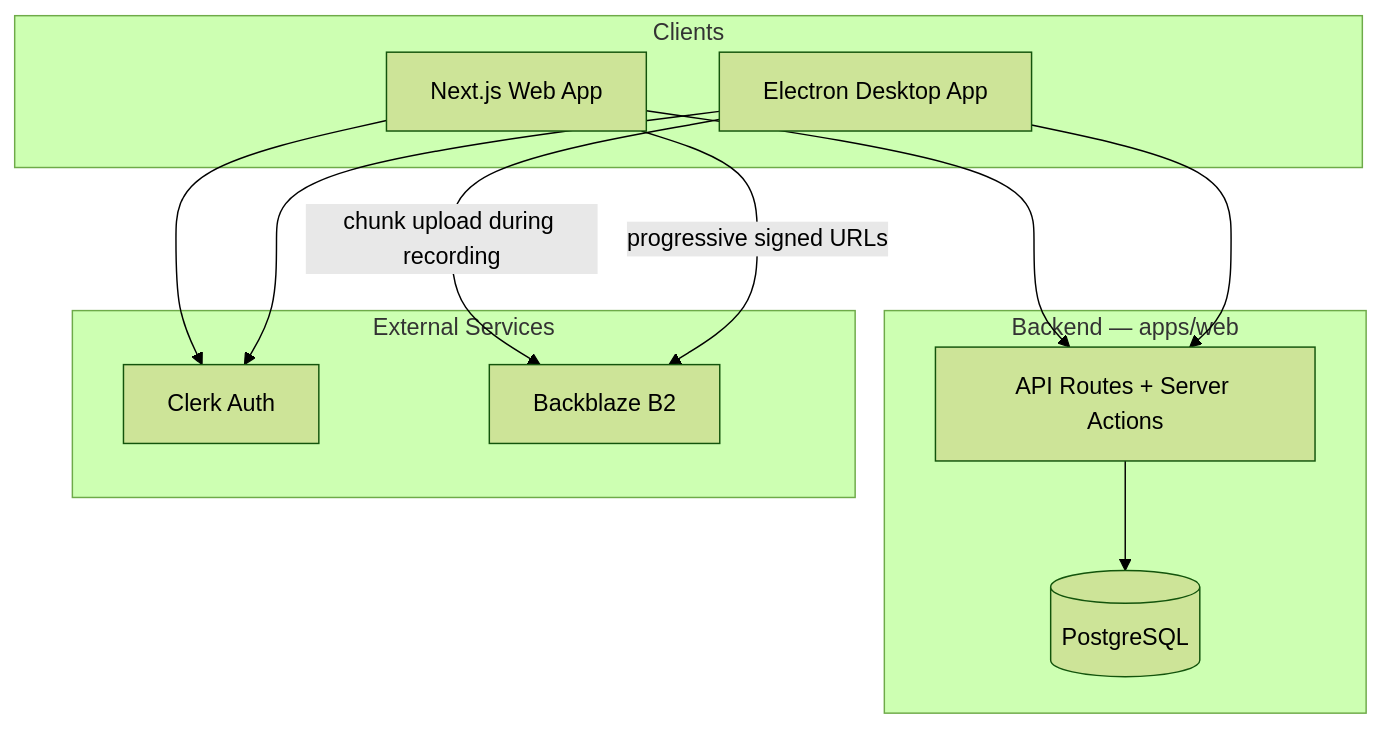
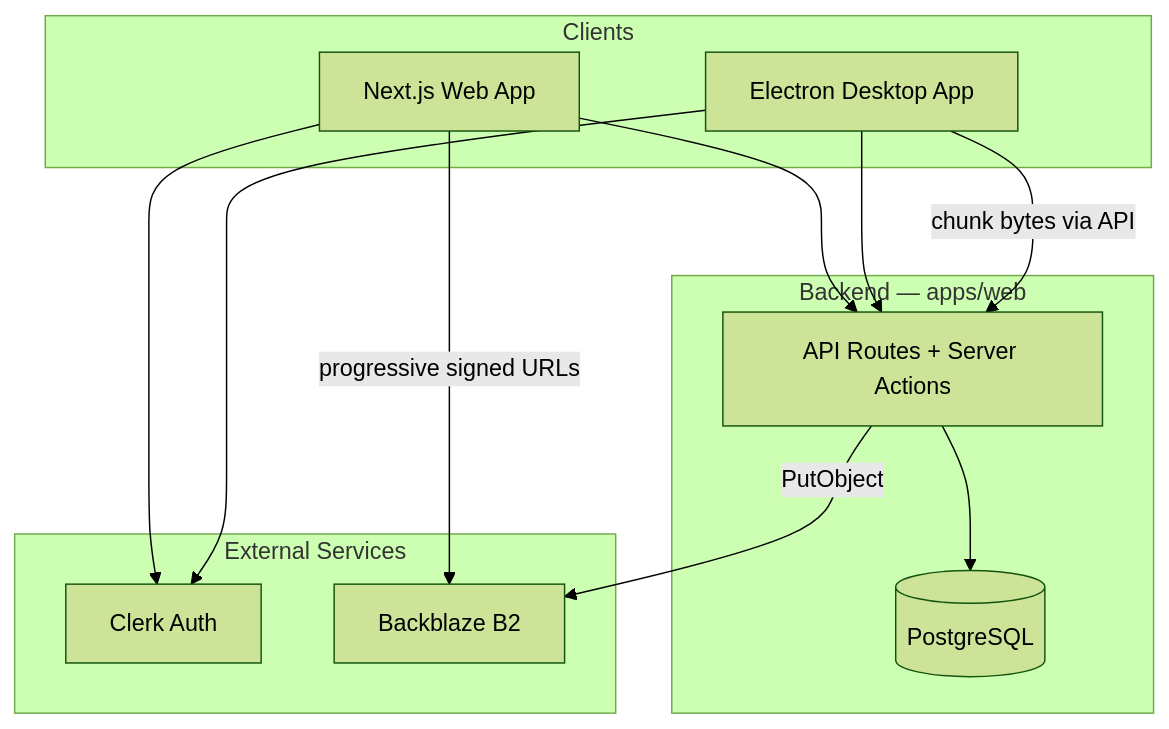
Before and after one commit to Dishant402955/knot: the first of 3 diagrams in docs/architecture.md, drawn with Mermaid (forest theme). The commit also changed other lines of this file and 9 other files, not shown here.

````diff
--- a/docs/architecture.md
+++ b/docs/architecture.md
@@ -11,25 +12,26 @@
 ```mermaid
 flowchart TB
     subgraph clients [Clients]
         Web[Next.js Web App]
         Desktop[Electron Desktop App]
     end
 
     subgraph backend [Backend — apps/web]
         API[API Routes + Server Actions]
         PG[(PostgreSQL)]
     end
 
     subgraph external [External Services]
         Clerk[Clerk Auth]
         B2[Backblaze B2]
     end
 
     Web --> Clerk
     Desktop --> Clerk
     Web --> API
     Desktop --> API
     API --> PG
-    Desktop -->|chunk upload during recording| B2
+    Desktop -->|chunk bytes via API| API
+    API -->|PutObject| B2
     Web -->|progressive signed URLs| B2
 ```
````
